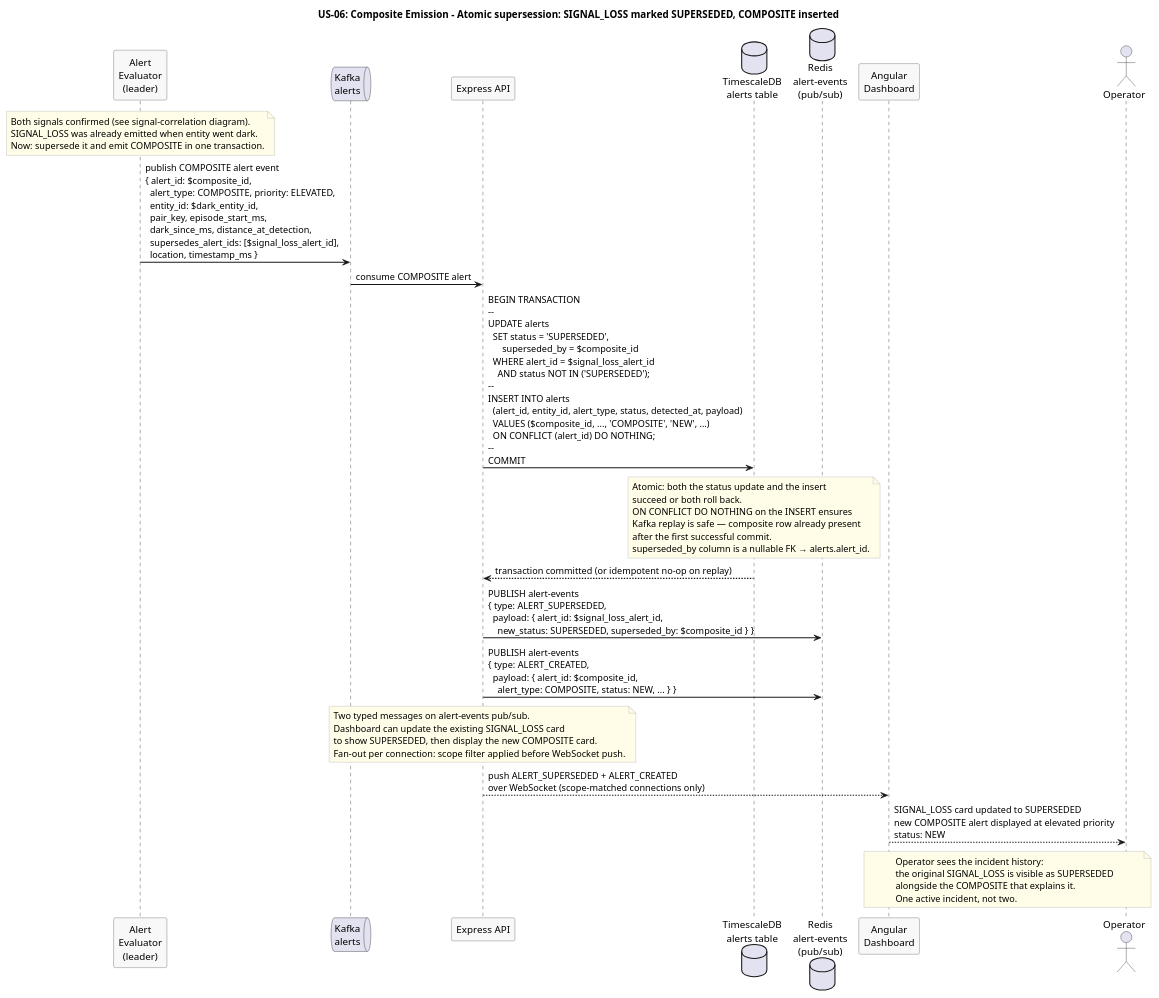
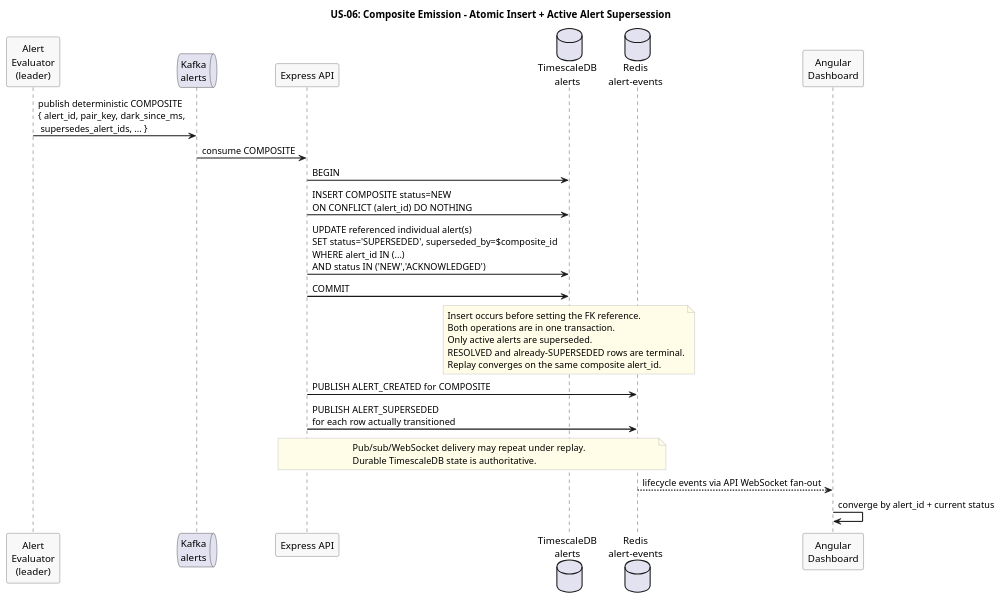
Before and after one commit to Buffden/sentinel: the diagram in docs/use-cases/US-06-composite-alert/composite-emission.puml, drawn with PlantUML. The commit also changed 7 other files, not shown here.

Commit message:
docs: fix remaining diagram contract drift

```diff
--- a/docs/use-cases/US-06-composite-alert/composite-emission.puml
+++ b/docs/use-cases/US-06-composite-alert/composite-emission.puml
@@ -1,63 +1,44 @@
 @startuml composite-emission
-title US-06: Composite Emission - Atomic supersession: SIGNAL_LOSS marked SUPERSEDED, COMPOSITE inserted
+title US-06: Composite Emission - Atomic Insert + Active Alert Supersession
 
 skinparam sequenceArrowThickness 1.5
 skinparam participantBorderColor #555555
 skinparam participantBackgroundColor #F8F8F8
 skinparam noteBorderColor #AAAAAA
 skinparam noteBackgroundColor #FFFDE7
 
 participant "Alert\nEvaluator\n(leader)" as Evaluator
 queue "Kafka\nalerts" as Kafka
 participant "Express API" as API
-database "TimescaleDB\nalerts table" as TSDB
-database "Redis\nalert-events\n(pub/sub)" as AlertEvents
+database "TimescaleDB\nalerts" as TSDB
+database "Redis\nalert-events" as AlertEvents
 participant "Angular\nDashboard" as Dashboard
-actor Operator
 
-note over Evaluator
-  Both signals confirmed (see signal-correlation diagram).
-  SIGNAL_LOSS was already emitted when entity went dark.
-  Now: supersede it and emit COMPOSITE in one transaction.
+Evaluator -> Kafka : publish deterministic COMPOSITE\n{ alert_id, pair_key, dark_since_ms,\n supersedes_alert_ids, ... }
+Kafka -> API : consume COMPOSITE
+
+API -> TSDB : BEGIN
+API -> TSDB : INSERT COMPOSITE status=NEW\nON CONFLICT (alert_id) DO NOTHING
+API -> TSDB : UPDATE referenced individual alert(s)\nSET status='SUPERSEDED', superseded_by=$composite_id\nWHERE alert_id IN (...)\nAND status IN ('NEW','ACKNOWLEDGED')
+API -> TSDB : COMMIT
+
+note over TSDB
+  Insert occurs before setting the FK reference.
+  Both operations are in one transaction.
+  Only active alerts are superseded.
+  RESOLVED and already-SUPERSEDED rows are terminal.
+  Replay converges on the same composite alert_id.
 end note
 
-Evaluator -> Kafka : publish COMPOSITE alert event\n{ alert_id: $composite_id,\n  alert_type: COMPOSITE, priority: ELEVATED,\n  entity_id: $dark_entity_id,\n  pair_key, episode_start_ms,\n  dark_since_ms, distance_at_detection,\n  supersedes_alert_ids: [$signal_loss_alert_id],\n  location, timestamp_ms }
+API -> AlertEvents : PUBLISH ALERT_CREATED for COMPOSITE
+API -> AlertEvents : PUBLISH ALERT_SUPERSEDED\nfor each row actually transitioned
 
-Kafka -> API : consume COMPOSITE alert
-
-API -> TSDB : BEGIN TRANSACTION\n--\nUPDATE alerts\n  SET status = 'SUPERSEDED',\n      superseded_by = $composite_id\n  WHERE alert_id = $signal_loss_alert_id\n    AND status NOT IN ('SUPERSEDED');\n--\nINSERT INTO alerts\n  (alert_id, entity_id, alert_type, status, detected_at, payload)\n  VALUES ($composite_id, ..., 'COMPOSITE', 'NEW', ...)\n  ON CONFLICT (alert_id) DO NOTHING;\n--\nCOMMIT
-
-note over TSDB
-  Atomic: both the status update and the insert
-  succeed or both roll back.
-  ON CONFLICT DO NOTHING on the INSERT ensures
-  Kafka replay is safe — composite row already present
-  after the first successful commit.
-  superseded_by column is a nullable FK → alerts.alert_id.
+note over API, AlertEvents
+  Pub/sub/WebSocket delivery may repeat under replay.
+  Durable TimescaleDB state is authoritative.
 end note
 
-TSDB --> API : transaction committed (or idempotent no-op on replay)
-
-API -> AlertEvents : PUBLISH alert-events\n{ type: ALERT_SUPERSEDED,\n  payload: { alert_id: $signal_loss_alert_id,\n    new_status: SUPERSEDED, superseded_by: $composite_id } }
-
-API -> AlertEvents : PUBLISH alert-events\n{ type: ALERT_CREATED,\n  payload: { alert_id: $composite_id,\n    alert_type: COMPOSITE, status: NEW, ... } }
-
-note over API
-  Two typed messages on alert-events pub/sub.
-  Dashboard can update the existing SIGNAL_LOSS card
-  to show SUPERSEDED, then display the new COMPOSITE card.
-  Fan-out per connection: scope filter applied before WebSocket push.
-end note
-
-API --> Dashboard : push ALERT_SUPERSEDED + ALERT_CREATED\nover WebSocket (scope-matched connections only)
-
-Dashboard --> Operator : SIGNAL_LOSS card updated to SUPERSEDED\nnew COMPOSITE alert displayed at elevated priority\nstatus: NEW
-
-note over Dashboard, Operator
-  Operator sees the incident history:
-  the original SIGNAL_LOSS is visible as SUPERSEDED
-  alongside the COMPOSITE that explains it.
-  One active incident, not two.
-end note
+AlertEvents --> Dashboard : lifecycle events via API WebSocket fan-out
+Dashboard -> Dashboard : converge by alert_id + current status
 
 @enduml
```
